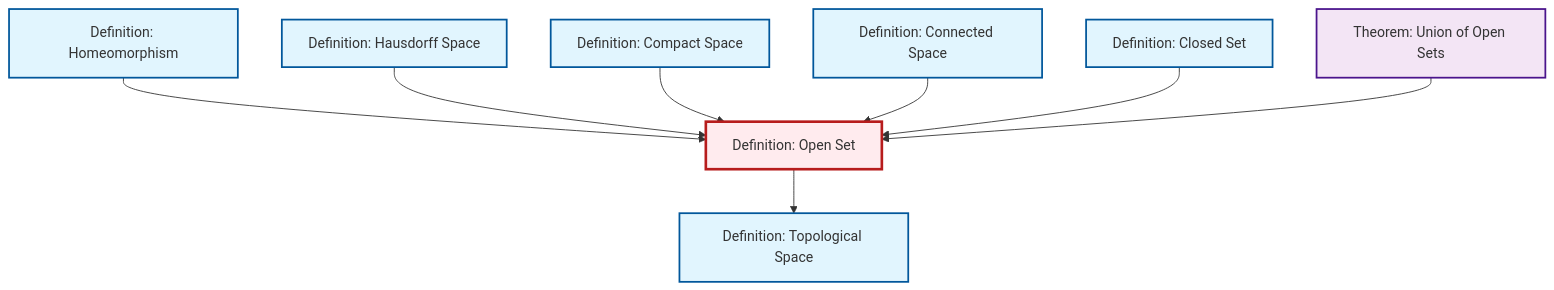
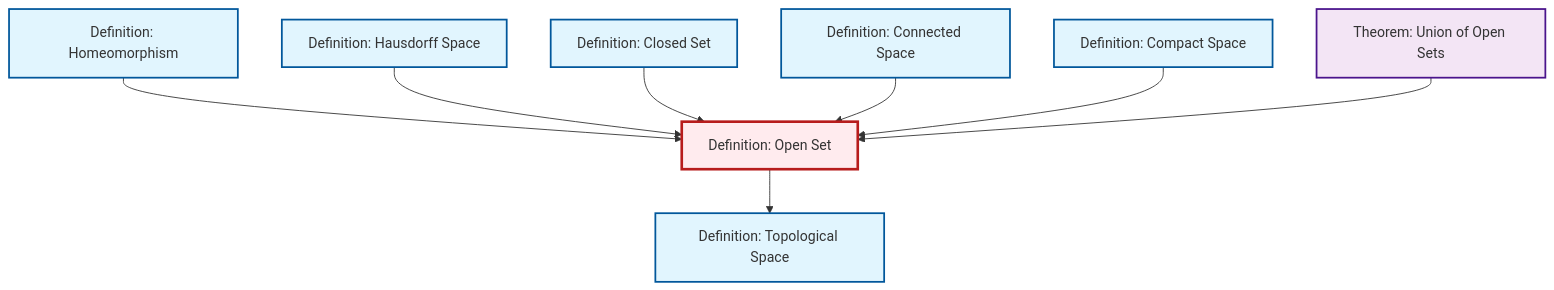
Before and after one commit to RK0429/ModernMath: the diagram in content/en/topology/def-open-set.qmd, drawn with Mermaid. The commit also changed other lines of this file and 615 other files, not shown here.

````diff
--- a/content/en/topology/def-open-set.qmd
+++ b/content/en/topology/def-open-set.qmd
@@ -53,32 +53,32 @@
 ```{mermaid}
 %%| fig-cap: "Local dependency graph"
 graph TD
     classDef definition fill:#e1f5fe,stroke:#01579b,stroke-width:2px
     classDef theorem fill:#f3e5f5,stroke:#4a148c,stroke-width:2px
     classDef axiom fill:#fff3e0,stroke:#e65100,stroke-width:2px
     classDef example fill:#e8f5e9,stroke:#1b5e20,stroke-width:2px
     classDef current fill:#ffebee,stroke:#b71c1c,stroke-width:3px
+    def-closed-set["Definition: Closed Set"]:::definition
+    def-hausdorff["Definition: Hausdorff Space"]:::definition
     def-open-set["Definition: Open Set"]:::definition
+    thm-union-open-sets["Theorem: Union of Open Sets"]:::theorem
+    def-compact["Definition: Compact Space"]:::definition
+    def-connected["Definition: Connected Space"]:::definition
     def-homeomorphism["Definition: Homeomorphism"]:::definition
-    thm-union-open-sets["Theorem: Union of Open Sets"]:::theorem
-    def-connected["Definition: Connected Space"]:::definition
-    def-closed-set["Definition: Closed Set"]:::definition
     def-topological-space["Definition: Topological Space"]:::definition
-    def-hausdorff["Definition: Hausdorff Space"]:::definition
-    def-compact["Definition: Compact Space"]:::definition
     def-homeomorphism --> def-open-set
     def-hausdorff --> def-open-set
+    def-closed-set --> def-open-set
+    def-open-set --> def-topological-space
+    def-connected --> def-open-set
     def-compact --> def-open-set
-    def-connected --> def-open-set
-    def-open-set --> def-topological-space
-    def-closed-set --> def-open-set
     thm-union-open-sets --> def-open-set
     class def-open-set current
+    click def-closed-set "def-closed-set.html" "Go to Closed Set definition"
+    click def-hausdorff "def-hausdorff.html" "Go to Hausdorff Space definition"
+    click thm-union-open-sets "thm-union-open-sets.html" "Go to Union of Open Sets theorem"
+    click def-compact "def-compact.html" "Go to Compact Space definition"
+    click def-connected "def-connected.html" "Go to Connected Space definition"
     click def-homeomorphism "def-homeomorphism.html" "Go to Homeomorphism definition"
-    click thm-union-open-sets "thm-union-open-sets.html" "Go to Union of Open Sets theorem"
-    click def-connected "def-connected.html" "Go to Connected Space definition"
-    click def-closed-set "def-closed-set.html" "Go to Closed Set definition"
     click def-topological-space "def-topological-space.html" "Go to Topological Space definition"
-    click def-hausdorff "def-hausdorff.html" "Go to Hausdorff Space definition"
-    click def-compact "def-compact.html" "Go to Compact Space definition"
 ```
````
